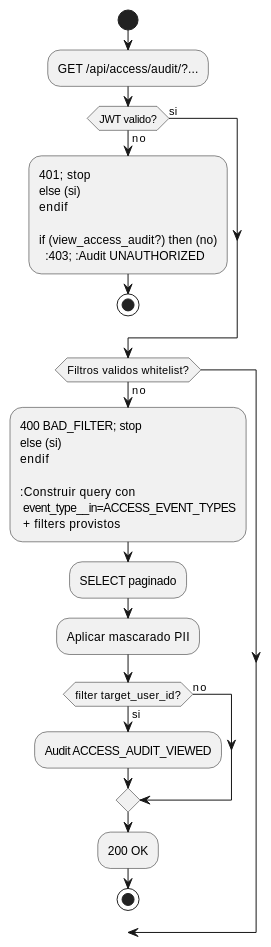
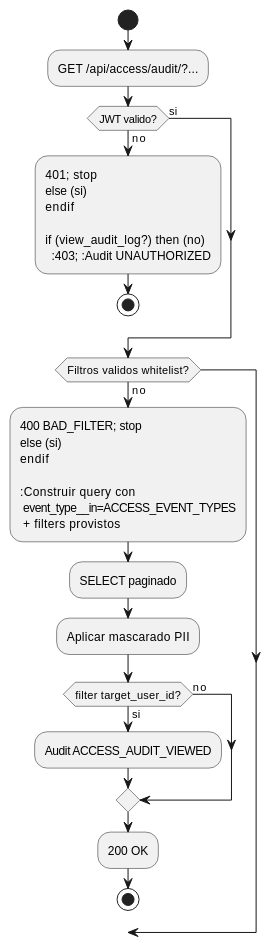
The third of 4 diagrams in source/requisitos/casos-uso/access/uc-acc-09/diagramas-uml.rst (jcg-admin/IACT-docs), drawn with PlantUML before and after one commit. The commit also changed other lines of this file and 157 other files, not shown here.

First line of the commit message:
Enforce catalog function names across all diagrams

```diff
--- a/source/requisitos/casos-uso/access/uc-acc-09/diagramas-uml.rst
+++ b/source/requisitos/casos-uso/access/uc-acc-09/diagramas-uml.rst
@@ -86,41 +86,41 @@
 .. uml::
  :caption: UC_ACC_09 — actividad
 
  @startuml
 
  start
 
  :GET /api/access/audit/?...;
 
  if (JWT valido?) then (no)
    :401; stop
  else (si)
  endif
 
- if (view_access_audit?) then (no)
+ if (view_audit_log?) then (no)
    :403; :Audit UNAUTHORIZED;
    stop
  else (si)
  endif
 
  if (Filtros validos whitelist?) then (no)
    :400 BAD_FILTER; stop
  else (si)
  endif
 
  :Construir query con
   event_type__in=ACCESS_EVENT_TYPES
   + filters provistos;
  :SELECT paginado;
  :Aplicar mascarado PII;
 
  if (filter target_user_id?) then (si)
    :Audit ACCESS_AUDIT_VIEWED;
  else (no)
  endif
 
  :200 OK;
 
  stop
 
  @enduml
```
